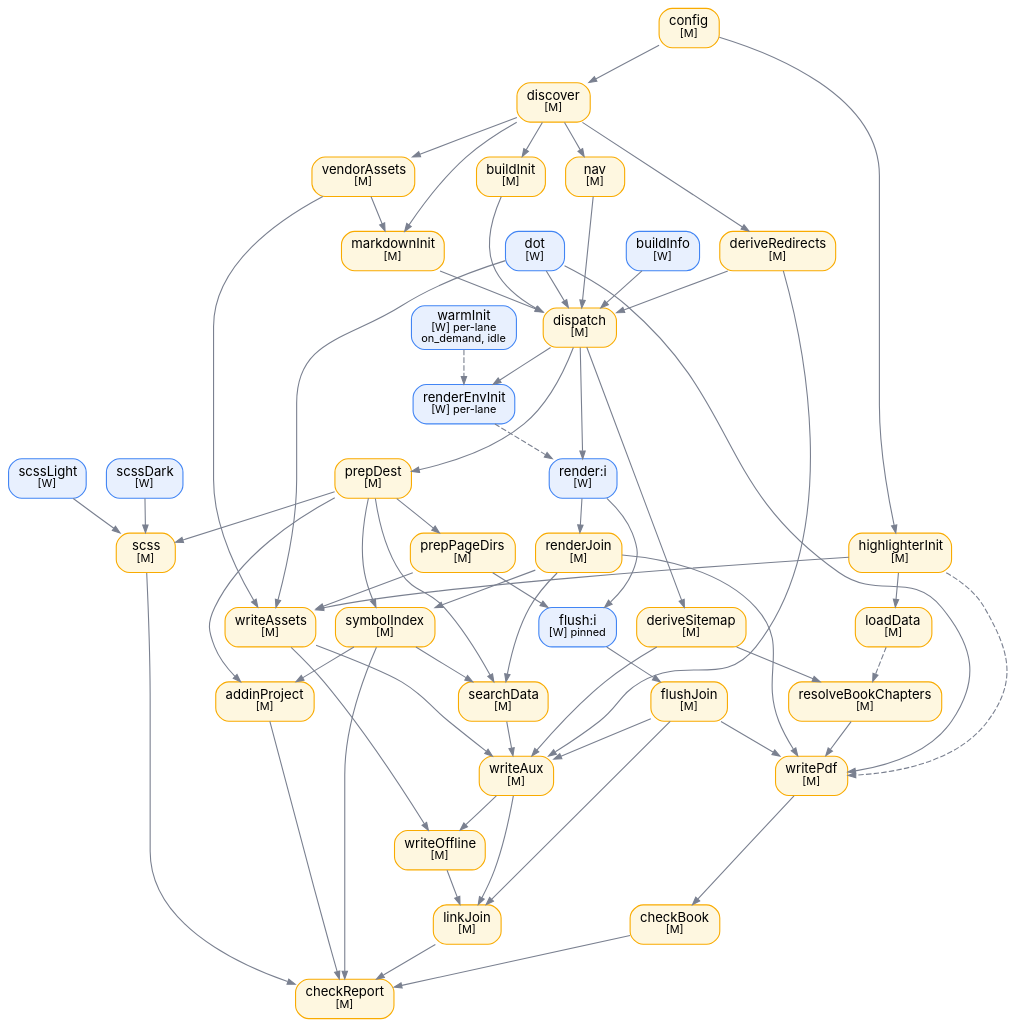
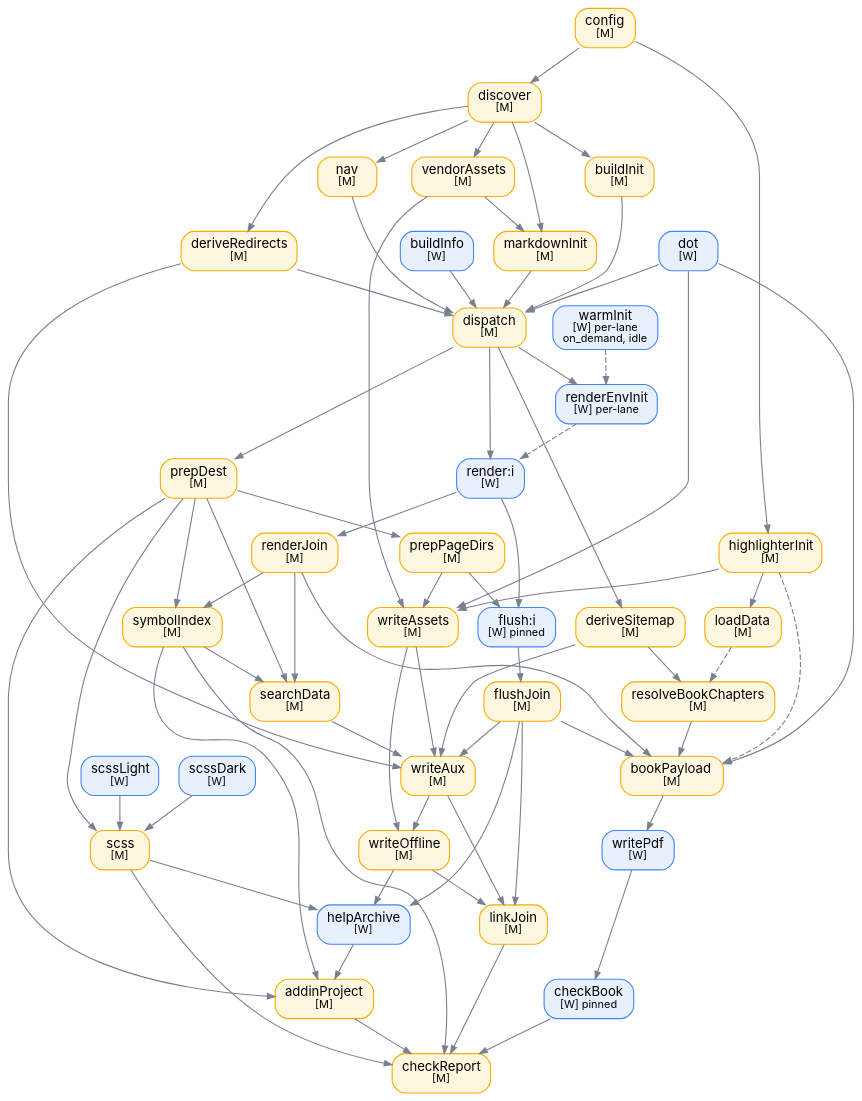
Before and after one commit to twinbasic/documentation: the diagram in docs/assets/images/dot/scheduler-dag.dot, drawn with Graphviz. The commit also changed 8 other files, not shown here.

Commit message:
Docs: helpArchive, writePdf and checkBook on workers, bookPayload, main tasks run one at a time; task counts corrected; PLAN notes record the tail's measurements

```diff
--- a/docs/assets/images/dot/scheduler-dag.dot
+++ b/docs/assets/images/dot/scheduler-dag.dot
@@ -1,154 +1,162 @@
 // Task DAG of the SAB pull scheduler. See docs/Documentation/Builder.md.
 
 digraph scheduler {
     rankdir=TB
     bgcolor="transparent"
     nodesep=0.25
     ranksep=0.45
     splines=true
 
     node [
         shape=box
         style="rounded,filled"
         fontname="Inter,system-ui,-apple-system,Segoe UI,sans-serif"
         fontsize=12
         margin="0.12,0.06"
     ]
     edge [
         color="#7a8090"
         fontname="Inter,system-ui,-apple-system,Segoe UI,sans-serif"
         fontsize=10
         arrowsize=0.7
     ]
     graph [
         margin=0
     ]
 
     // ── Colour scheme ───────────────────────────────────────────────────
     // [M] main thread → fef7e0 fill / f9ab00 stroke
     // [W] worker      → e8f0fe fill / 4285f4 stroke
 
     // ── Nodes ───────────────────────────────────────────────────────────
 
     CF  [label=<config<BR/><FONT POINT-SIZE="10">[M]</FONT>>,             fillcolor="#fef7e0", color="#f9ab00"]
     BI  [label=<buildInfo<BR/><FONT POINT-SIZE="10">[W]</FONT>>,          fillcolor="#e8f0fe", color="#4285f4"]
     SL  [label=<scssLight<BR/><FONT POINT-SIZE="10">[W]</FONT>>,          fillcolor="#e8f0fe", color="#4285f4"]
     SD  [label=<scssDark<BR/><FONT POINT-SIZE="10">[W]</FONT>>,           fillcolor="#e8f0fe", color="#4285f4"]
     HI  [label=<highlighterInit<BR/><FONT POINT-SIZE="10">[M]</FONT>>,    fillcolor="#fef7e0", color="#f9ab00"]
     LD  [label=<loadData<BR/><FONT POINT-SIZE="10">[M]</FONT>>,           fillcolor="#fef7e0", color="#f9ab00"]
     WI  [label=<warmInit<BR/><FONT POINT-SIZE="10">[W] per-lane<BR/>on_demand, idle</FONT>>, fillcolor="#e8f0fe", color="#4285f4"]
 
     DI  [label=<discover<BR/><FONT POINT-SIZE="10">[M]</FONT>>,           fillcolor="#fef7e0", color="#f9ab00"]
     VA  [label=<vendorAssets<BR/><FONT POINT-SIZE="10">[M]</FONT>>,       fillcolor="#fef7e0", color="#f9ab00"]
     NV  [label=<nav<BR/><FONT POINT-SIZE="10">[M]</FONT>>,                fillcolor="#fef7e0", color="#f9ab00"]
     BU  [label=<buildInit<BR/><FONT POINT-SIZE="10">[M]</FONT>>,          fillcolor="#fef7e0", color="#f9ab00"]
     MI  [label=<markdownInit<BR/><FONT POINT-SIZE="10">[M]</FONT>>,       fillcolor="#fef7e0", color="#f9ab00"]
     DR  [label=<deriveRedirects<BR/><FONT POINT-SIZE="10">[M]</FONT>>,    fillcolor="#fef7e0", color="#f9ab00"]
     DT  [label=<dot<BR/><FONT POINT-SIZE="10">[W]</FONT>>,                fillcolor="#e8f0fe", color="#4285f4"]
     DSi [label=<deriveSitemap<BR/><FONT POINT-SIZE="10">[M]</FONT>>,      fillcolor="#fef7e0", color="#f9ab00"]
     RBC [label=<resolveBookChapters<BR/><FONT POINT-SIZE="10">[M]</FONT>>, fillcolor="#fef7e0", color="#f9ab00"]
 
     DP  [label=<dispatch<BR/><FONT POINT-SIZE="10">[M]</FONT>>,           fillcolor="#fef7e0", color="#f9ab00"]
     PD  [label=<prepDest<BR/><FONT POINT-SIZE="10">[M]</FONT>>,           fillcolor="#fef7e0", color="#f9ab00"]
     PPD [label=<prepPageDirs<BR/><FONT POINT-SIZE="10">[M]</FONT>>,       fillcolor="#fef7e0", color="#f9ab00"]
     REI [label=<renderEnvInit<BR/><FONT POINT-SIZE="10">[W] per-lane</FONT>>, fillcolor="#e8f0fe", color="#4285f4"]
     Ri  [label=<render:i<BR/><FONT POINT-SIZE="10">[W]</FONT>>,           fillcolor="#e8f0fe", color="#4285f4"]
     RJ  [label=<renderJoin<BR/><FONT POINT-SIZE="10">[M]</FONT>>,         fillcolor="#fef7e0", color="#f9ab00"]
 
     SCSS [label=<scss<BR/><FONT POINT-SIZE="10">[M]</FONT>>,              fillcolor="#fef7e0", color="#f9ab00"]
     Fi   [label=<flush:i<BR/><FONT POINT-SIZE="10">[W] pinned</FONT>>,    fillcolor="#e8f0fe", color="#4285f4"]
     FJ   [label=<flushJoin<BR/><FONT POINT-SIZE="10">[M]</FONT>>,         fillcolor="#fef7e0", color="#f9ab00"]
     WA   [label=<writeAssets<BR/><FONT POINT-SIZE="10">[M]</FONT>>,       fillcolor="#fef7e0", color="#f9ab00"]
     SDt  [label=<searchData<BR/><FONT POINT-SIZE="10">[M]</FONT>>,        fillcolor="#fef7e0", color="#f9ab00"]
     SYM  [label=<symbolIndex<BR/><FONT POINT-SIZE="10">[M]</FONT>>,       fillcolor="#fef7e0", color="#f9ab00"]
     AP   [label=<addinProject<BR/><FONT POINT-SIZE="10">[M]</FONT>>,      fillcolor="#fef7e0", color="#f9ab00"]
     WX  [label=<writeAux<BR/><FONT POINT-SIZE="10">[M]</FONT>>,          fillcolor="#fef7e0", color="#f9ab00"]
     WO   [label=<writeOffline<BR/><FONT POINT-SIZE="10">[M]</FONT>>,      fillcolor="#fef7e0", color="#f9ab00"]
-    WP   [label=<writePdf<BR/><FONT POINT-SIZE="10">[M]</FONT>>,          fillcolor="#fef7e0", color="#f9ab00"]
+    HA   [label=<helpArchive<BR/><FONT POINT-SIZE="10">[W]</FONT>>,       fillcolor="#e8f0fe", color="#4285f4"]
+    BP   [label=<bookPayload<BR/><FONT POINT-SIZE="10">[M]</FONT>>,       fillcolor="#fef7e0", color="#f9ab00"]
+    WP   [label=<writePdf<BR/><FONT POINT-SIZE="10">[W]</FONT>>,          fillcolor="#e8f0fe", color="#4285f4"]
 
     LJ   [label=<linkJoin<BR/><FONT POINT-SIZE="10">[M]</FONT>>,          fillcolor="#fef7e0", color="#f9ab00"]
-    CB   [label=<checkBook<BR/><FONT POINT-SIZE="10">[M]</FONT>>,         fillcolor="#fef7e0", color="#f9ab00"]
+    CB   [label=<checkBook<BR/><FONT POINT-SIZE="10">[W] pinned</FONT>>,  fillcolor="#e8f0fe", color="#4285f4"]
     CR   [label=<checkReport<BR/><FONT POINT-SIZE="10">[M]</FONT>>,       fillcolor="#fef7e0", color="#f9ab00"]
 
     // ── Edges ───────────────────────────────────────────────────────────
 
     CF -> DI
     CF -> HI
     HI -> LD
     DI -> NV
     DI -> BU
     DI -> MI
     DI -> DR
     DI -> VA
     VA -> MI
 
     NV -> DP
     BU -> DP
     BI -> DP
     DT -> DP
     DR -> DP
     MI -> DP
 
     DP -> PD
     DP -> DSi
     DP -> REI
     DP -> Ri
 
     PD -> PPD
     PD -> SCSS
     SL -> SCSS
     SD -> SCSS
 
     DSi -> RBC
     LD  -> RBC [style=dashed]
 
     WI  -> REI [style=dashed]
     REI -> Ri  [style=dashed]
 
     Ri  -> Fi
     Ri  -> RJ
     PPD -> Fi
     Fi  -> FJ
 
     DT  -> WA
     PPD -> WA
     HI  -> WA
     VA  -> WA
 
     RJ -> SDt
     PD -> SDt
 
     RJ -> SYM
     PD -> SYM
     SYM -> SDt
 
     SYM -> AP
     PD  -> AP
+    HA  -> AP
 
     WA  -> WX
     SDt -> WX
     FJ  -> WX
     DR  -> WX
     DSi -> WX
 
     WX -> WO
     WA -> WO
 
-    FJ  -> WP
-    RJ  -> WP
-    DT  -> WP
-    RBC -> WP
-    HI  -> WP [style=dashed]
+    FJ  -> HA
+    SCSS -> HA
+    WO  -> HA
+
+    FJ  -> BP
+    RJ  -> BP
+    DT  -> BP
+    RBC -> BP
+    HI  -> BP [style=dashed]
+    BP  -> WP
 
     FJ -> LJ
     WX -> LJ
     WO -> LJ
 
     WP -> CB
 
     LJ   -> CR
     CB   -> CR
     SCSS -> CR
     SYM  -> CR
     AP   -> CR
 }
```
